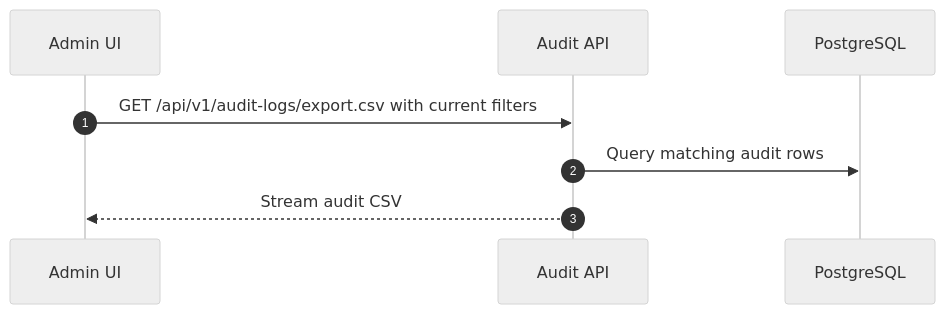
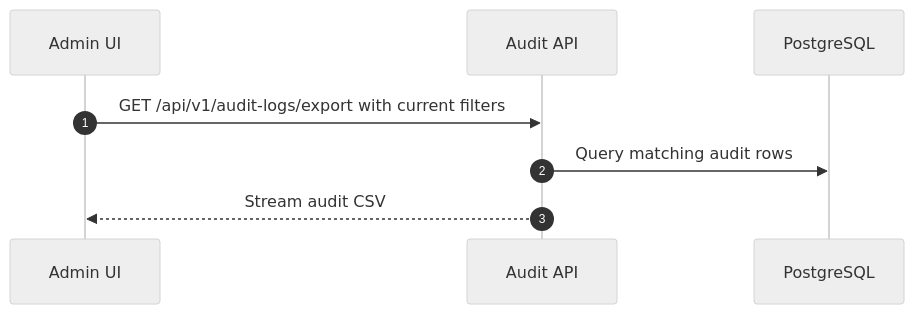
Diagram 11 of 12 in docs/sequence-flow.md (PhamVanMinhBinhThuan/soc-ai-search), drawn with Mermaid (neutral theme) before and after one commit. The commit also changed other lines of this file and 11 other files, not shown here.

````diff
--- a/docs/sequence-flow.md
+++ b/docs/sequence-flow.md
@@ -268,11 +269,11 @@
 ```mermaid
 sequenceDiagram
     autonumber
     participant Admin as Admin UI
     participant API as Audit API
     participant PG as PostgreSQL
 
-    Admin->>API: GET /api/v1/audit-logs/export.csv with current filters
+    Admin->>API: GET /api/v1/audit-logs/export with current filters
     API->>PG: Query matching audit rows
     API-->>Admin: Stream audit CSV
 ```
````
